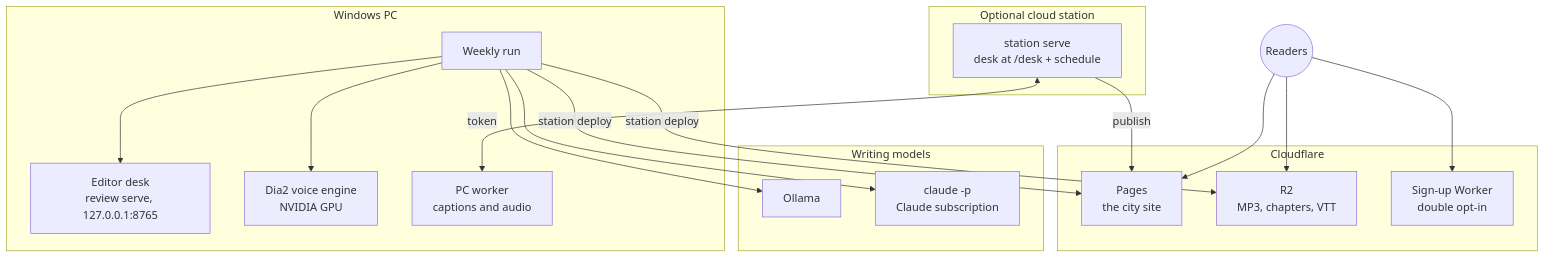
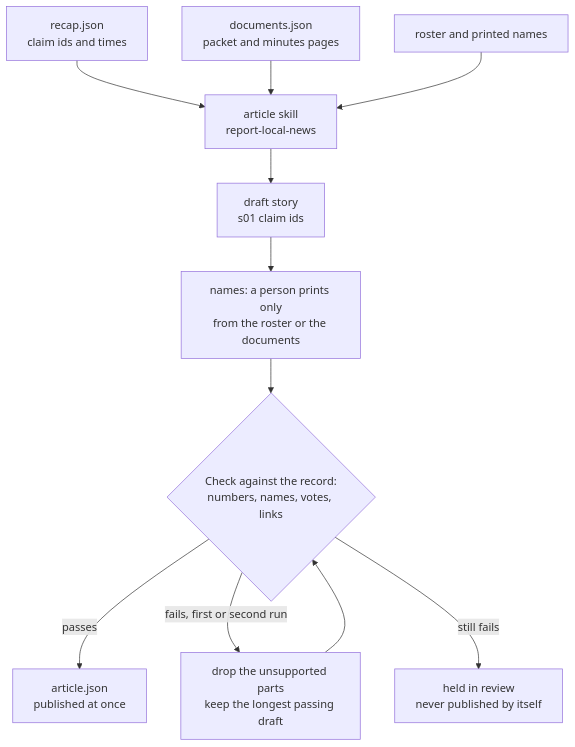
Before and after one commit to scottconverse/civiccast-brief: the seventh of 10 diagrams in docs/user-manual.md, drawn with Mermaid. The commit also changed other lines of this file and 14 other files, not shown here.

First line of the commit message:
docs: release 0.4.0 with updated manuals, diagrams and page (#139)

````diff
--- a/docs/user-manual.md
+++ b/docs/user-manual.md
@@ -336,32 +598,13 @@
 ```mermaid
-flowchart TB
-    subgraph PC["Windows PC"]
-        DESKPC[Editor desk<br/>review serve, 127.0.0.1:8765]
-        WEEKLY[Weekly run]
-        VOICE[Dia2 voice engine<br/>NVIDIA GPU]
-        WORKER[PC worker<br/>captions and audio]
-    end
-    subgraph Models["Writing models"]
-        OLL[Ollama]
-        CL[claude -p<br/>Claude subscription]
-    end
-    subgraph Station["Optional cloud station"]
-        ST[station serve<br/>desk at /desk + schedule]
-    end
-    subgraph Cloudflare
-        PAGES[Pages<br/>the city site]
-        R2[R2<br/>MP3, chapters, VTT]
-        SIGNUP[Sign-up Worker<br/>double opt-in]
-    end
-    WEEKLY --> OLL
-    WEEKLY --> CL
-    WEEKLY --> VOICE
-    WEEKLY --> DESKPC
-    ST <-->|token| WORKER
-    WEEKLY -->|station deploy| PAGES
-    WEEKLY -->|station deploy| R2
-    ST -->|publish| PAGES
-    READERS((Readers)) --> PAGES
-    READERS --> R2
-    READERS --> SIGNUP
+flowchart TD
+    R["recap.json<br/>claim ids and times"] --> K["article skill<br/>report-local-news"]
+    DOC["documents.json<br/>packet and minutes pages"] --> K
+    ROS["roster and printed names"] --> K
+    K --> A["draft story<br/>s01 claim ids"]
+    A --> N["names: a person prints only<br/>from the roster or the documents"]
+    N --> C{"Check against the record:<br/>numbers, names, votes, links"}
+    C -->|passes| P["article.json<br/>published at once"]
+    C -->|fails, first or second run| F["drop the unsupported parts<br/>keep the longest passing draft"]
+    F --> C
+    C -->|still fails| H["held in review<br/>never published by itself"]
 ```
````
